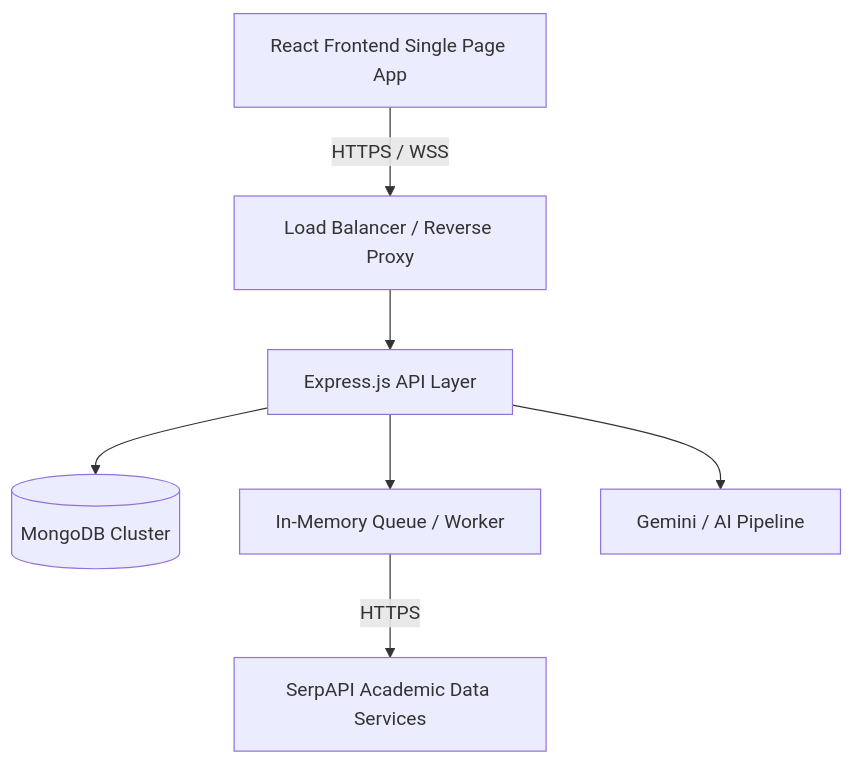
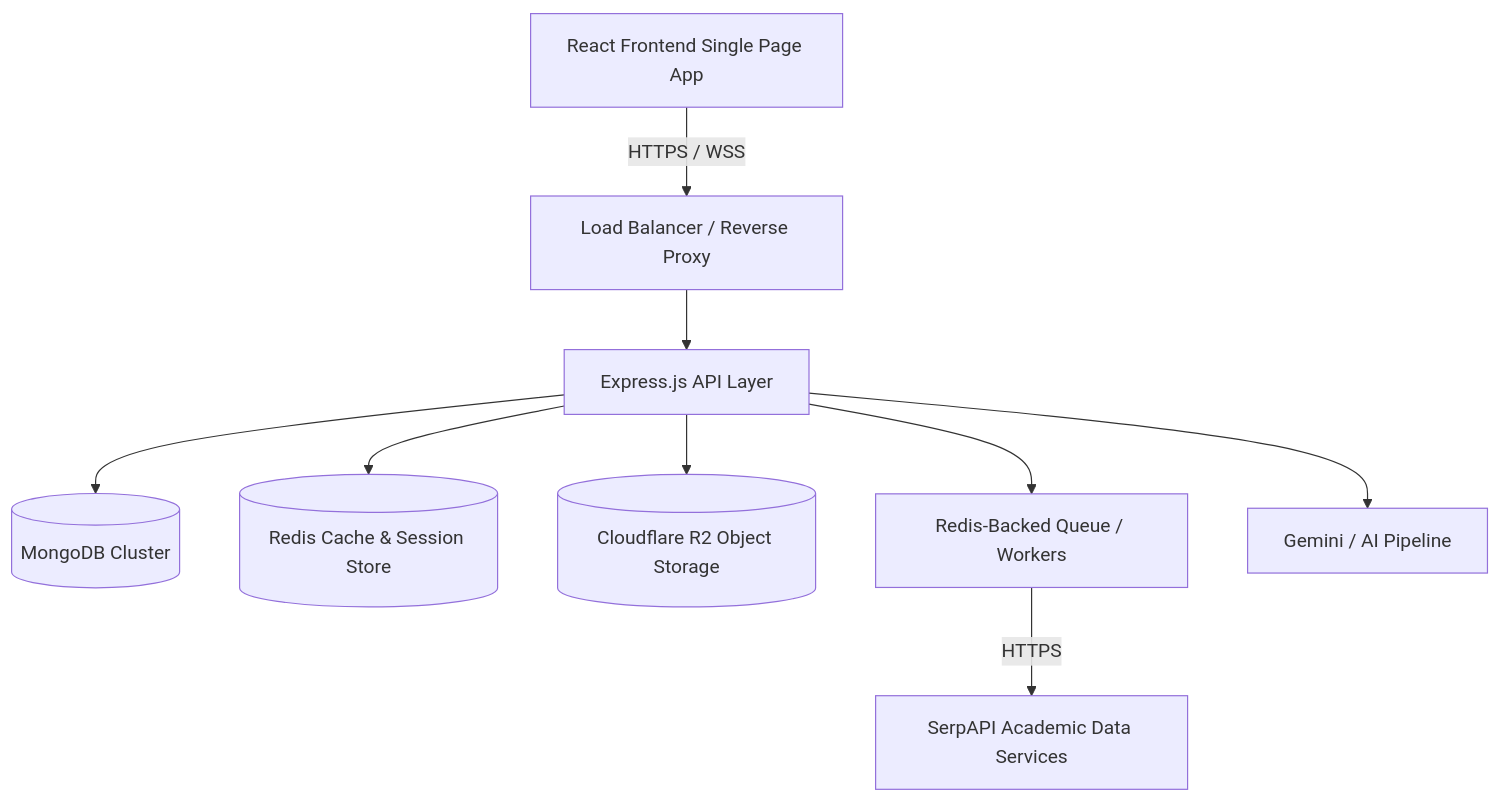
Before and after one commit to CodewithsushilOfficial/Research.connect: the first of 4 diagrams in docs/architecture_guide.md, drawn with Mermaid. The commit also changed other lines of this file and 2 other files, not shown here.

````diff
--- a/docs/architecture_guide.md
+++ b/docs/architecture_guide.md
@@ -11,17 +11,21 @@
 ```mermaid
 graph TD
     Client[React Frontend Single Page App]
     LB[Load Balancer / Reverse Proxy]
     API[Express.js API Layer]
     DB[(MongoDB Cluster)]
-    Queue[In-Memory Queue / Worker]
+    Redis[(Redis Cache & Session Store)]
+    R2[(Cloudflare R2 Object Storage)]
+    Queue[Redis-Backed Queue / Workers]
     AI[Gemini / AI Pipeline]
     SerpAPI[SerpAPI Academic Data Services]
     
     Client -->|HTTPS / WSS| LB
     LB --> API
     API --> DB
+    API --> Redis
+    API --> R2
     API --> Queue
     API --> AI
     Queue -->|HTTPS| SerpAPI
 ```
````
